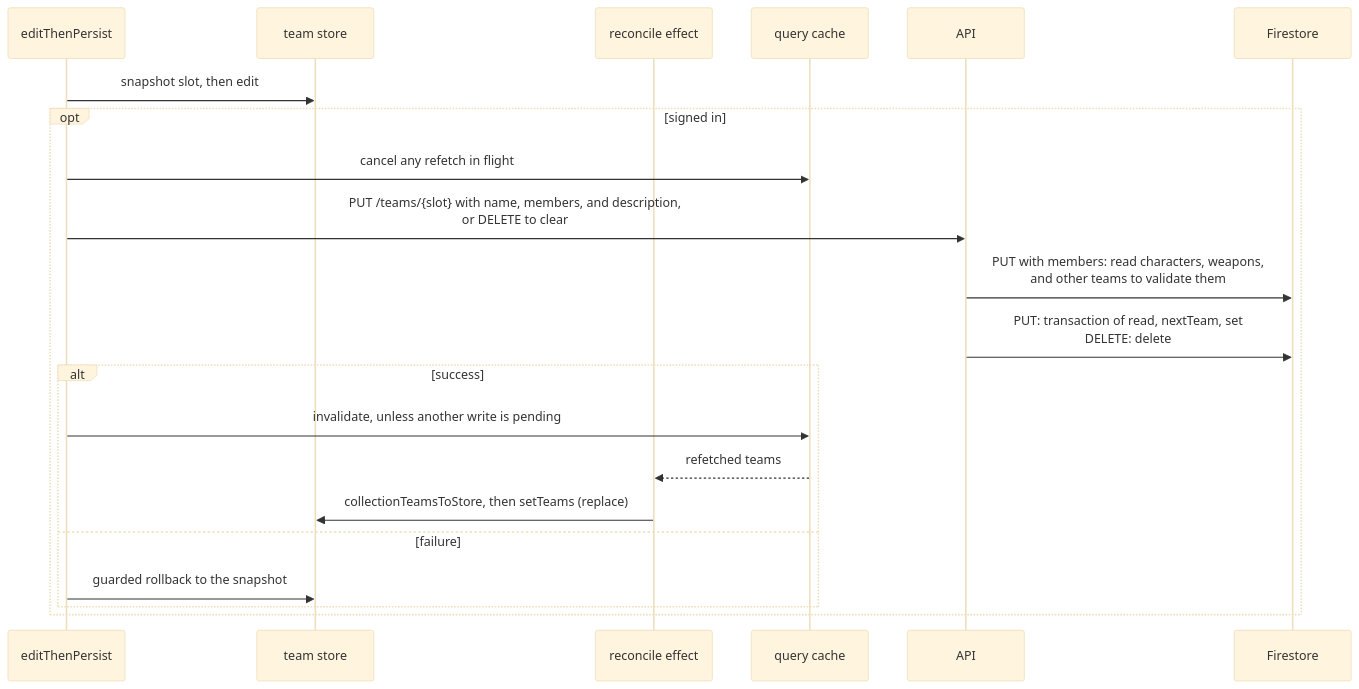
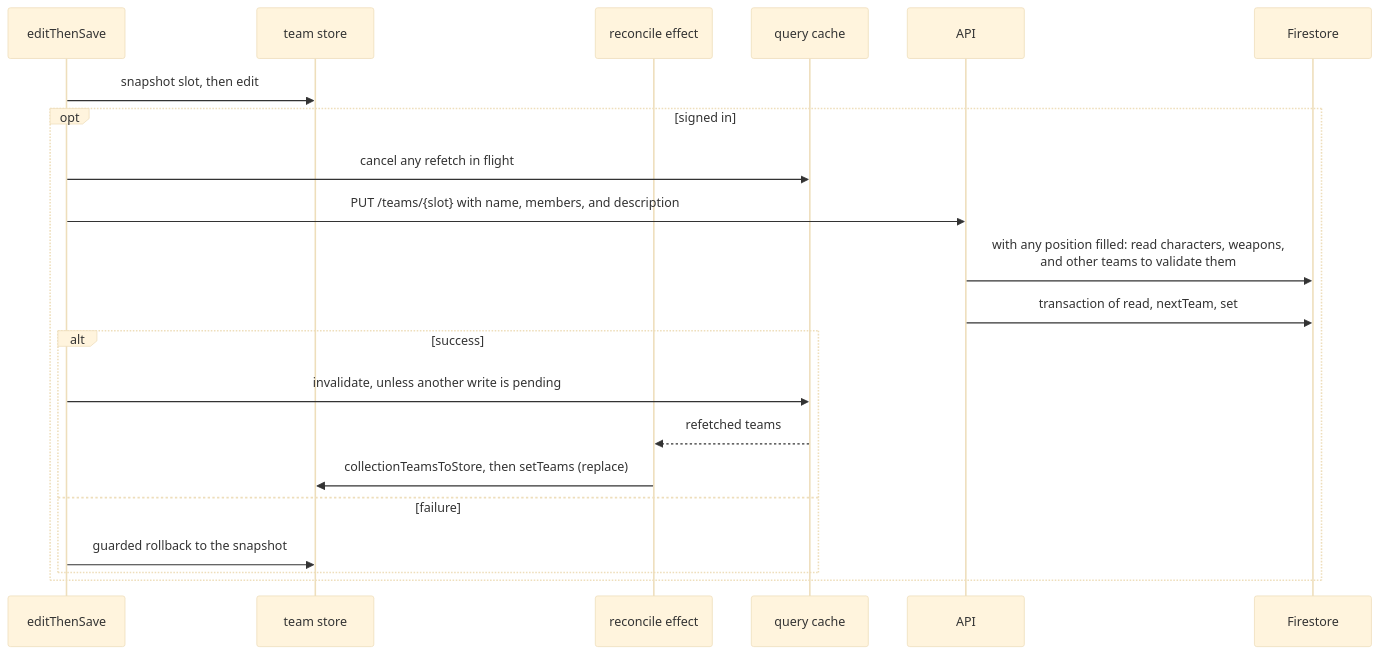
Before and after one commit to dungeon-studio/genshin.dungeon.studio: the third of 4 diagrams in docs/reference/data-flow-write-paths.md, drawn with Mermaid (base theme). The commit also changed other lines of this file and 5 other files, not shown here.

First line of the commit message:
fix(web): keep a cleared team's name after refetch (#1877)

````diff
--- a/docs/reference/data-flow-write-paths.md
+++ b/docs/reference/data-flow-write-paths.md
@@ -133,24 +133,24 @@
 ```mermaid
 sequenceDiagram
-  participant Hook as editThenPersist
+  participant Hook as editThenSave
   participant Store as team store
   participant Reconcile as reconcile effect
   participant Cache as query cache
   participant API as API
   participant FS as Firestore
 
   Hook->>Store: snapshot slot, then edit
   opt signed in
     Hook->>Cache: cancel any refetch in flight
-    Hook->>API: PUT /teams/{slot} with name, members, and description,<br>or DELETE to clear
-    API->>FS: PUT with members: read characters, weapons,<br>and other teams to validate them
-    API->>FS: PUT: transaction of read, nextTeam, set<br>DELETE: delete
+    Hook->>API: PUT /teams/{slot} with name, members, and description
+    API->>FS: with any position filled: read characters, weapons,<br>and other teams to validate them
+    API->>FS: transaction of read, nextTeam, set
     alt success
       Hook->>Cache: invalidate, unless another write is pending
       Cache-->>Reconcile: refetched teams
       Reconcile->>Store: collectionTeamsToStore, then setTeams (replace)
     else failure
       Hook->>Store: guarded rollback to the snapshot
     end
   end
 ```
````
